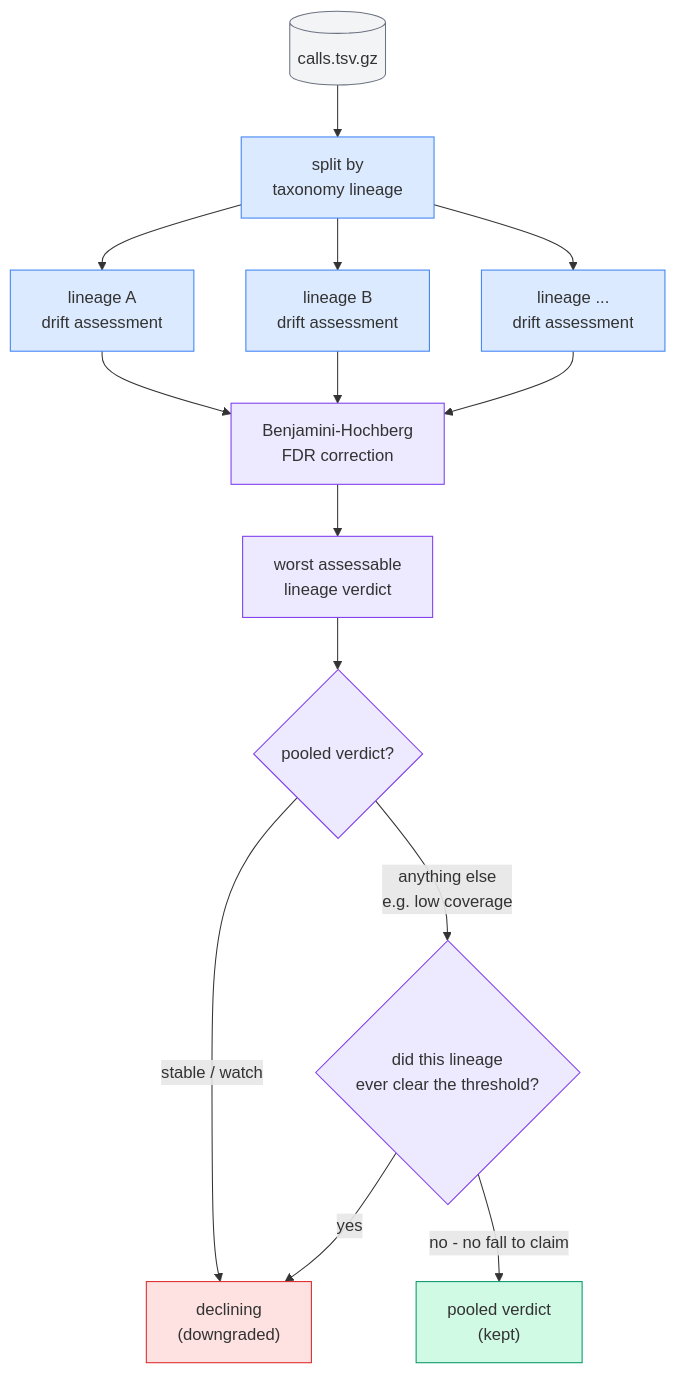
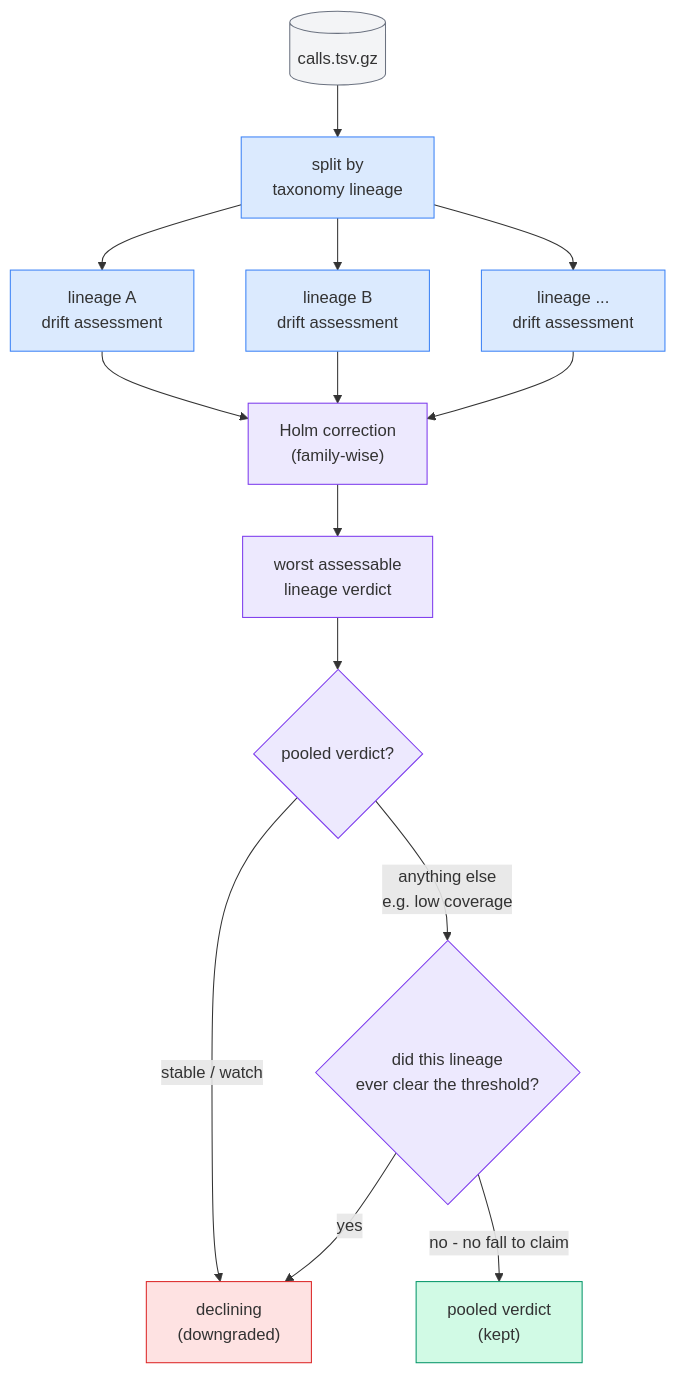
Before and after one commit to batyanight/assaywatch: the seventh of 9 diagrams in docs/pipeline-architecture.md, drawn with Mermaid. The commit also changed other lines of this file and 10 other files, not shown here.

````diff
--- a/docs/pipeline-architecture.md
+++ b/docs/pipeline-architecture.md
@@ -259,26 +263,26 @@
 ```mermaid
 flowchart TD
     CALLS[("calls.tsv.gz")] --> SPLIT["split by\ntaxonomy lineage"]
     SPLIT --> L1["lineage A\ndrift assessment"]
     SPLIT --> L2["lineage B\ndrift assessment"]
     SPLIT --> L3["lineage ...\ndrift assessment"]
-    L1 & L2 & L3 --> BH["Benjamini-Hochberg\nFDR correction"]
+    L1 & L2 & L3 --> BH["Holm correction\n(family-wise)"]
     BH --> WORST["worst assessable\nlineage verdict"]
     WORST --> POOL{"pooled verdict?"}
     POOL --> |"stable / watch"| DOWN["declining\n(downgraded)"]
     POOL --> |"anything else\ne.g. low coverage"| GATE{"did this lineage\never clear the threshold?"}
     GATE --> |"yes"| DOWN
     GATE --> |"no - no fall to claim"| KEEP["pooled verdict\n(kept)"]
 
     style CALLS fill:#f3f4f6,stroke:#6b7280
     style SPLIT fill:#dbeafe,stroke:#3b82f6
     style L1 fill:#dbeafe,stroke:#3b82f6
     style L2 fill:#dbeafe,stroke:#3b82f6
     style L3 fill:#dbeafe,stroke:#3b82f6
     style BH fill:#ede9fe,stroke:#7c3aed
     style WORST fill:#ede9fe,stroke:#7c3aed
     style POOL fill:#ede9fe,stroke:#7c3aed
     style GATE fill:#ede9fe,stroke:#7c3aed
     style DOWN fill:#fee2e2,stroke:#dc2626
     style KEEP fill:#d1fae5,stroke:#059669
 ```
````
